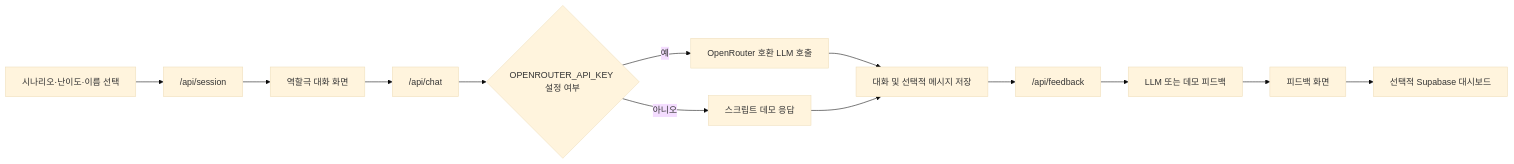
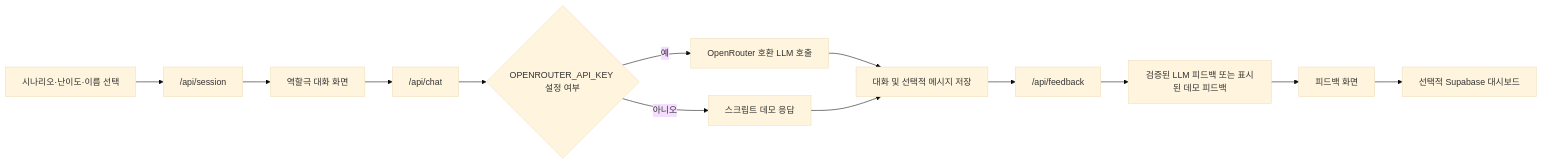
One commit to junhyung-L/ai-interview-simulator changed the diagram in README.ko.md. Above: the diagram before and after it, drawn with Mermaid (base theme). The commit also changed other lines of this file and 24 other files, not shown here.

````diff
--- a/README.ko.md
+++ b/README.ko.md
@@ -29,15 +40,15 @@
 ```mermaid
 flowchart LR
     A[시나리오·난이도·이름 선택] --> B["/api/session"]
     B --> C[역할극 대화 화면]
     C --> D["/api/chat"]
     D --> E{OPENROUTER_API_KEY 설정 여부}
     E -->|예| F[OpenRouter 호환 LLM 호출]
     E -->|아니오| G[스크립트 데모 응답]
     F --> H[대화 및 선택적 메시지 저장]
     G --> H
     H --> I["/api/feedback"]
-    I --> J[LLM 또는 데모 피드백]
+    I --> J[검증된 LLM 피드백 또는 표시된 데모 피드백]
     J --> K[피드백 화면]
     K --> L[선택적 Supabase 대시보드]
 ```
````
